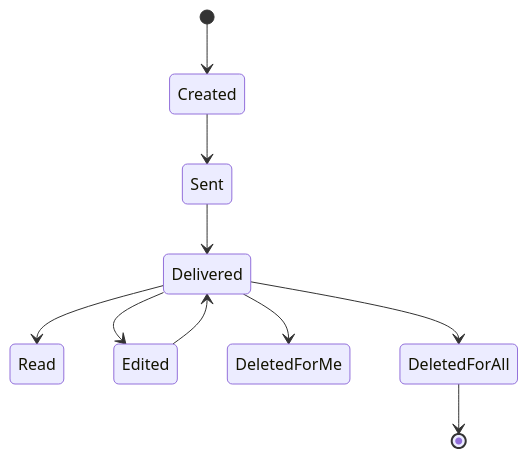
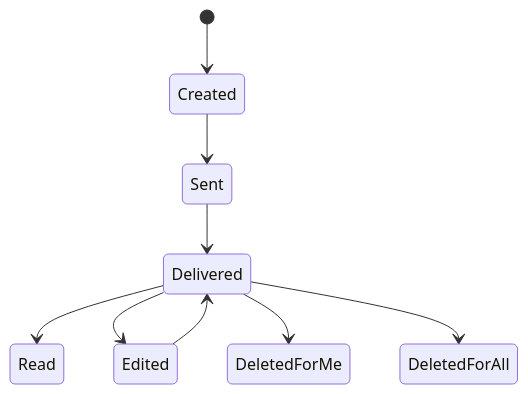
Before and after one commit to realvovan/OOP2: the third of 3 diagrams in SoftwareDesign/lab1/README.md, drawn with Mermaid. The commit also changed other lines of this file, not shown here.

````diff
--- a/SoftwareDesign/lab1/README.md
+++ b/SoftwareDesign/lab1/README.md
@@ -86,15 +86,13 @@
 ```mermaid
 stateDiagram-v2
   [*] --> Created
   Created --> Sent
   Sent --> Delivered
   Delivered --> Read
 
   Delivered --> Edited
   Edited --> Delivered
 
   Delivered --> DeletedForMe
   Delivered --> DeletedForAll
-
-  DeletedForAll --> [*]
 ```
````
